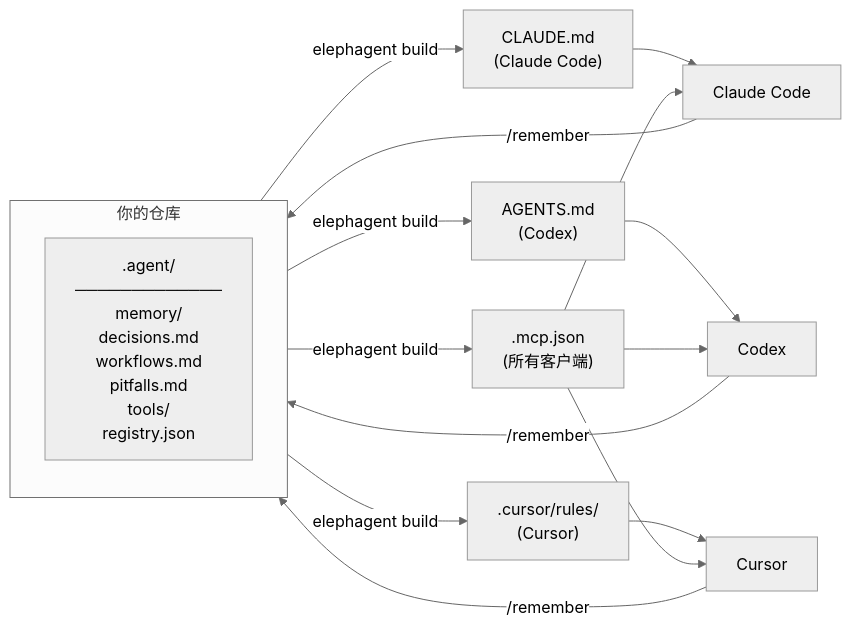
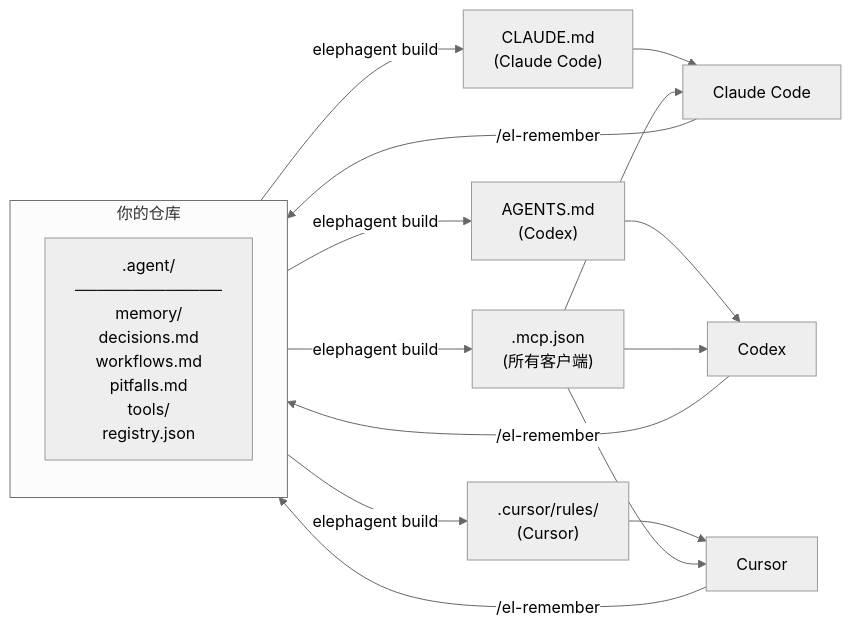
One commit to zhicongsun/elephagent changed the diagram in README.zh.md. Above: the diagram before and after it, drawn with Mermaid (neutral theme). The commit also changed other lines of this file and 6 other files, not shown here.

First line of the commit message:
docs: update import docs with --path/name options, fix mermaid diagram and migration

````diff
--- a/README.zh.md
+++ b/README.zh.md
@@ -37,23 +37,23 @@
 ```mermaid
 flowchart LR
     subgraph repo["你的仓库"]
         direction TB
         src[".agent/\n─────────────\nmemory/\n  decisions.md\n  workflows.md\n  pitfalls.md\ntools/\n  registry.json"]
     end
 
     src -->|"elephagent build"| CLAUDE["CLAUDE.md\n(Claude Code)"]
     src -->|"elephagent build"| AGENTS["AGENTS.md\n(Codex)"]
     src -->|"elephagent build"| CURSOR[".cursor/rules/\n(Cursor)"]
     src -->|"elephagent build"| MCP[".mcp.json\n(所有客户端)"]
 
     CLAUDE --> cc["Claude Code"]
     AGENTS --> codex["Codex"]
     CURSOR --> cursor["Cursor"]
     MCP --> cc
     MCP --> codex
     MCP --> cursor
 
-    cc -->|"/remember"| src
-    cursor -->|"/remember"| src
-    codex -->|"/remember"| src
+    cc -->|"/el-remember"| src
+    cursor -->|"/el-remember"| src
+    codex -->|"/el-remember"| src
 ```
````
